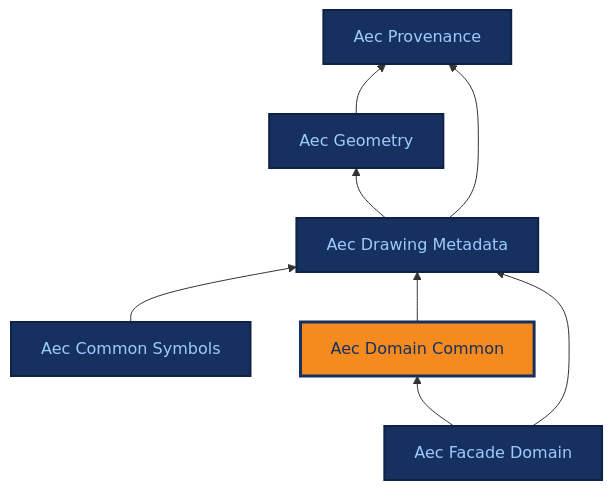
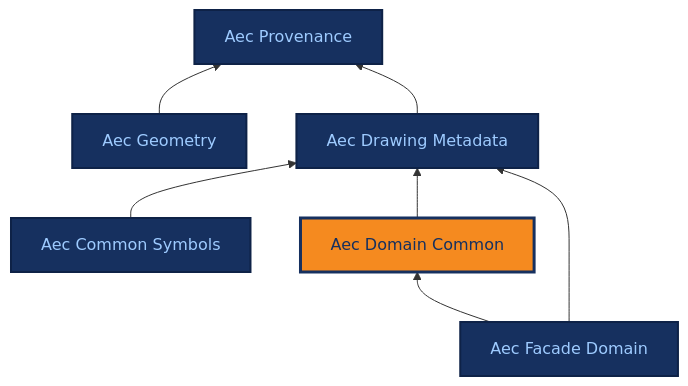
One commit to BuroHappoldMachineLearning/ADIRO changed the diagram in docs/ontologies/aec_domain_common.md. Above: the diagram before and after it, drawn with Mermaid. The commit also changed 42 other files, not shown here.

````diff
--- a/docs/ontologies/aec_domain_common.md
+++ b/docs/ontologies/aec_domain_common.md
@@ -33,27 +33,26 @@
 ```mermaid
 %%{init: {"themeCSS": ".base .nodeLabel,.base .nodeLabel p,.base text,.base tspan{fill:#9ecbff !important;color:#9ecbff !important}.current .nodeLabel,.current .nodeLabel p,.current text,.current tspan{fill:#16305f !important;color:#16305f !important}"} }%%
 graph BT
     aec_provenance["Aec Provenance"]
     aec_geometry["Aec Geometry"]
     aec_drawing_metadata["Aec Drawing Metadata"]
     aec_common_symbols["Aec Common Symbols"]
     aec_domain_common["Aec Domain Common"]
     aec_facade_domain["Aec Facade Domain"]
     aec_geometry --> aec_provenance
-    aec_drawing_metadata --> aec_geometry
     aec_drawing_metadata --> aec_provenance
     aec_common_symbols --> aec_drawing_metadata
     aec_domain_common --> aec_drawing_metadata
     aec_facade_domain --> aec_domain_common
     aec_facade_domain --> aec_drawing_metadata
     click aec_provenance "../aec_provenance/" "Aec Provenance reference page"
     click aec_geometry "../aec_geometry/" "Aec Geometry reference page"
     click aec_drawing_metadata "../aec_drawing_metadata/" "Aec Drawing Metadata reference page"
     click aec_common_symbols "../aec_common_symbols/" "Aec Common Symbols reference page"
     click aec_domain_common "../aec_domain_common/" "Aec Domain Common reference page"
     click aec_facade_domain "../aec_facade_domain/" "Aec Facade Domain reference page"
     classDef base fill:#16305f,stroke:#0e2247,stroke-width:2px,color:#9ecbff;
     class aec_provenance,aec_geometry,aec_drawing_metadata,aec_common_symbols,aec_facade_domain base;
     classDef current fill:#f58a1f,stroke:#16305f,stroke-width:3px,color:#16305f;
     class aec_domain_common current;
 ```
````
